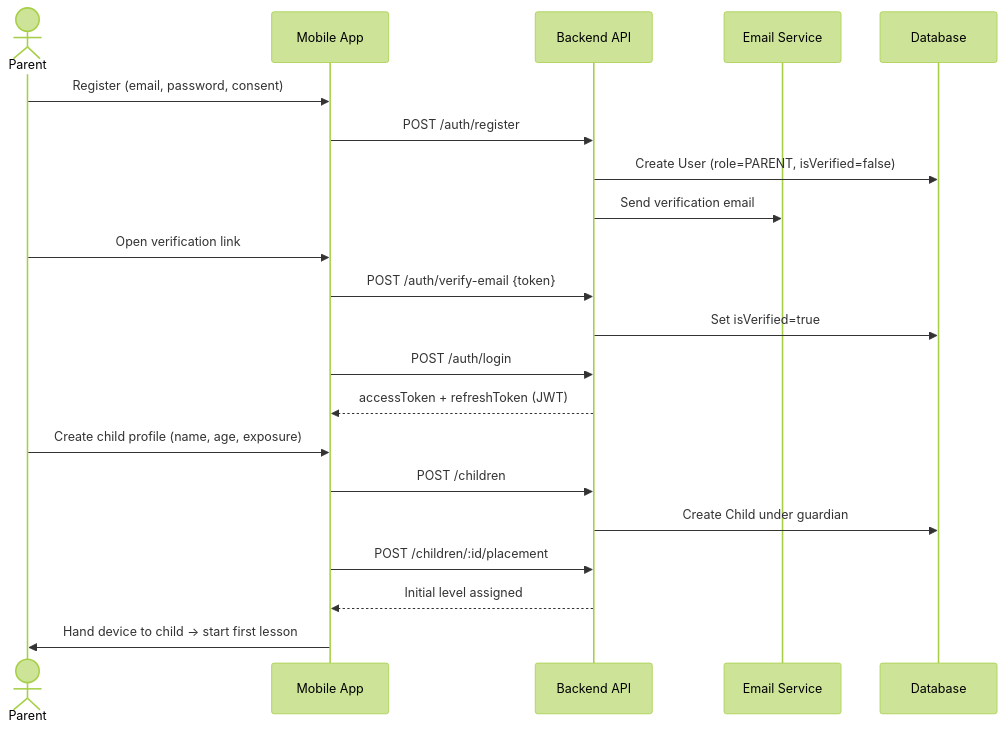
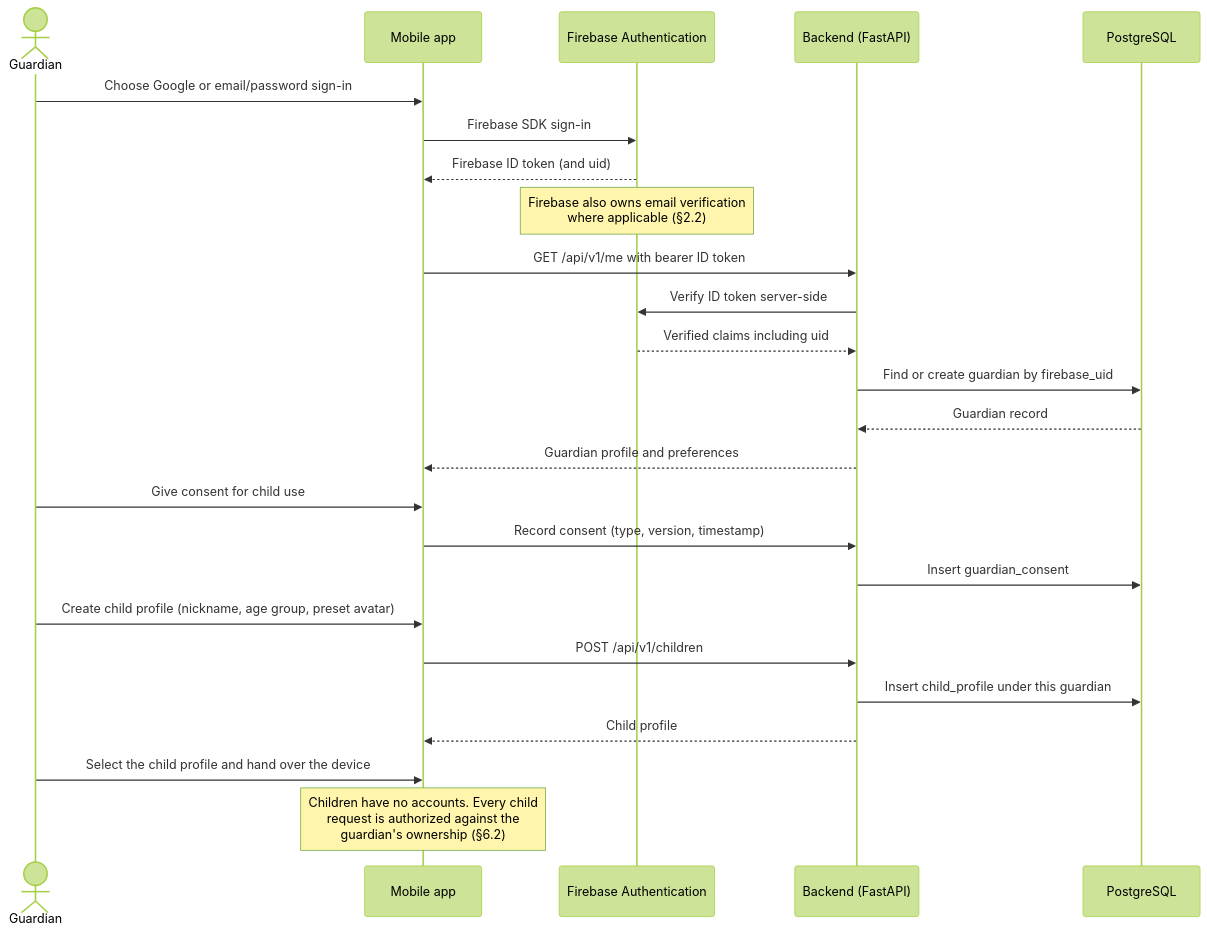
One commit to MohamedMaged9258/Yantiq changed the seventh of 20 diagrams in docs/architecture/diagrams.md. Above: the diagram before and after it, drawn with Mermaid (forest theme). The commit also changed other lines of this file, not shown here.

First line of the commit message:
docs: rewrite architecture diagrams against the Phase 0 baseline

````diff
--- a/docs/architecture/diagrams.md
+++ b/docs/architecture/diagrams.md
@@ -328,24 +482,30 @@
 ```mermaid
 sequenceDiagram
-    actor Parent
-    participant App as Mobile App
-    participant BE as Backend API
-    participant Mail as Email Service
-    participant DB as Database
+    actor Guardian
+    participant App as Mobile app
+    participant FB as Firebase Authentication
+    participant BE as Backend (FastAPI)
+    participant DB as PostgreSQL
 
-    Parent->>App: Register (email, password, consent)
-    App->>BE: POST /auth/register
-    BE->>DB: Create User (role=PARENT, isVerified=false)
-    BE->>Mail: Send verification email
-    Parent->>App: Open verification link
-    App->>BE: POST /auth/verify-email {token}
-    BE->>DB: Set isVerified=true
-    App->>BE: POST /auth/login
-    BE-->>App: accessToken + refreshToken (JWT)
-    Parent->>App: Create child profile (name, age, exposure)
-    App->>BE: POST /children
-    BE->>DB: Create Child under guardian
-    App->>BE: POST /children/:id/placement
-    BE-->>App: Initial level assigned
-    App->>Parent: Hand device to child → start first lesson
+    Guardian->>App: Choose Google or email/password sign-in
+    App->>FB: Firebase SDK sign-in
+    FB-->>App: Firebase ID token (and uid)
+    Note over FB: Firebase also owns email verification<br/>where applicable (§2.2)
+    App->>BE: GET /api/v1/me with bearer ID token
+    BE->>FB: Verify ID token server-side
+    FB-->>BE: Verified claims including uid
+    BE->>DB: Find or create guardian by firebase_uid
+    DB-->>BE: Guardian record
+    BE-->>App: Guardian profile and preferences
+
+    Guardian->>App: Give consent for child use
+    App->>BE: Record consent (type, version, timestamp)
+    BE->>DB: Insert guardian_consent
+
+    Guardian->>App: Create child profile (nickname, age group, preset avatar)
+    App->>BE: POST /api/v1/children
+    BE->>DB: Insert child_profile under this guardian
+    BE-->>App: Child profile
+    Guardian->>App: Select the child profile and hand over the device
+    Note over App: Children have no accounts. Every child<br/>request is authorized against the<br/>guardian's ownership (§6.2)
 ```
````
